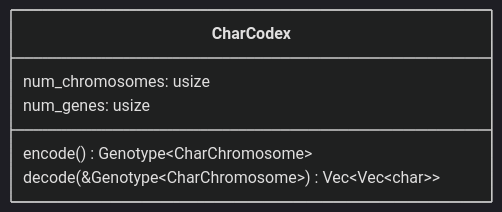
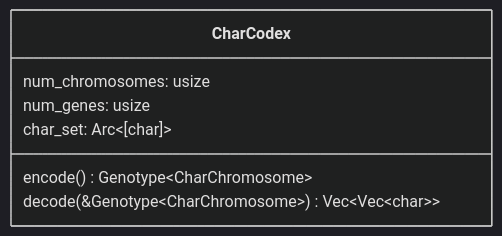
Before and after one commit to pkalivas/radiate: the second of 6 diagrams in docs/codex.md, drawn with Mermaid (dark theme). The commit also changed other lines of this file and 2 other files, not shown here.

````diff
--- a/docs/codex.md
+++ b/docs/codex.md
@@ -54,10 +55,11 @@
         ```mermaid
         classDiagram
             class CharCodex {
                 num_chromosomes: usize
                 num_genes: usize
+                char_set: Arc~[char]~
                 
                 encode() Genotype~CharChromosome~
                 decode(&Genotype~CharChromosome~) Vec~Vec~char~~
             }
         ```
````
